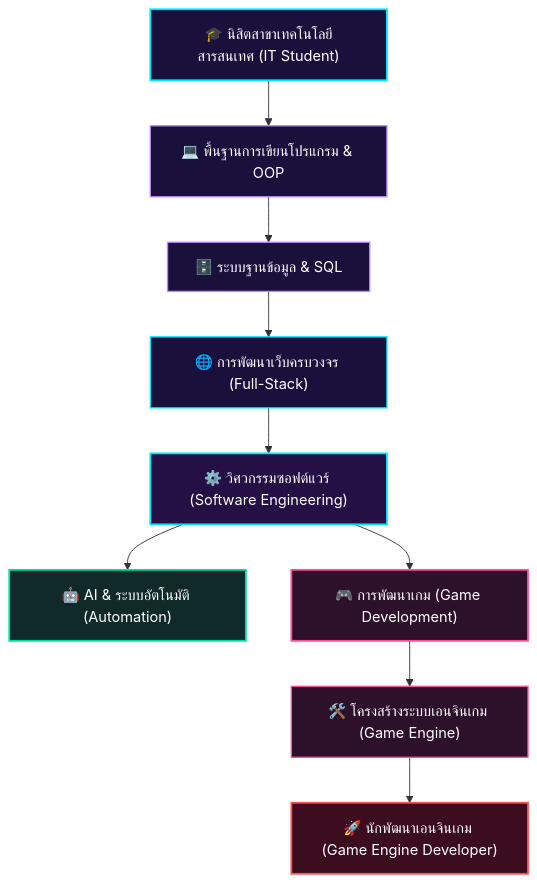
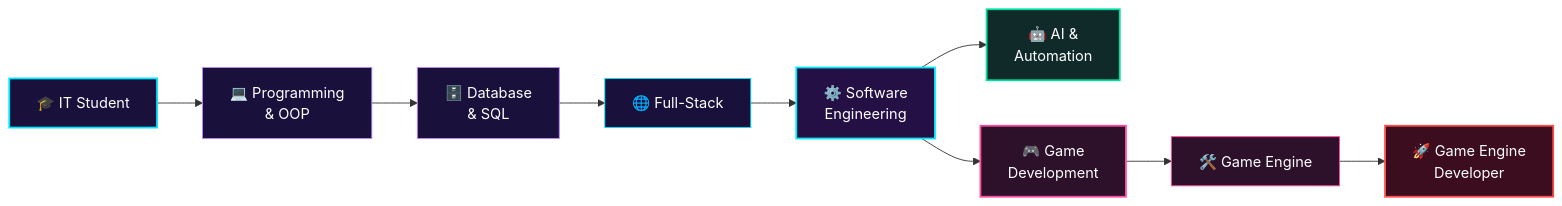
The diagram in README.md (Nanthawat83/Nanthawat83), drawn with Mermaid before and after one commit. The commit also changed other lines of this file, not shown here.

````diff
--- a/README.md
+++ b/README.md
@@ -229,23 +144,21 @@
 ```mermaid
-flowchart TD
-    A["🎓 นิสิตสาขาเทคโนโลยีสารสนเทศ (IT Student)"] --> B["💻 พื้นฐานการเขียนโปรแกรม & OOP"]
-    B --> C["🗄️ ระบบฐานข้อมูล & SQL"]
-    C --> D["🌐 การพัฒนาเว็บครบวงจร (Full-Stack)"]
-    D --> E["⚙️ วิศวกรรมซอฟต์แวร์ (Software Engineering)"]
-    
-    E --> F["🤖 AI & ระบบอัตโนมัติ (Automation)"]
-    E --> G["🎮 การพัฒนาเกม (Game Development)"]
-    
-    G --> H["🛠️ โครงสร้างระบบเอนจินเกม (Game Engine)"]
-    H --> I["🚀 นักพัฒนาเอนจินเกม (Game Engine Developer)"]
+flowchart LR
+    A["🎓 IT Student"] --> B["💻 Programming<br/>& OOP"]
+    B --> C["🗄️ Database<br/>& SQL"]
+    C --> D["🌐 Full-Stack"]
+    D --> E["⚙️ Software<br/>Engineering"]
+    E --> F["🤖 AI &<br/>Automation"]
+    E --> G["🎮 Game<br/>Development"]
+    G --> H["🛠️ Game Engine"]
+    H --> I["🚀 Game Engine<br/>Developer"]
 
     style A fill:#1a103c,stroke:#00E5FF,stroke-width:2px,color:#fff
-    style B fill:#1a103c,stroke:#BB86FC,stroke-width:1.5px,color:#fff
-    style C fill:#1a103c,stroke:#BB86FC,stroke-width:1.5px,color:#fff
-    style D fill:#1a103c,stroke:#00E5FF,stroke-width:1.5px,color:#fff
+    style B fill:#1a103c,stroke:#BB86FC,color:#fff
+    style C fill:#1a103c,stroke:#BB86FC,color:#fff
+    style D fill:#1a103c,stroke:#00E5FF,color:#fff
     style E fill:#241044,stroke:#00E5FF,stroke-width:2px,color:#fff
     style F fill:#102a2a,stroke:#00DFA2,stroke-width:2px,color:#fff
     style G fill:#2d102a,stroke:#FF4D9D,stroke-width:2px,color:#fff
-    style H fill:#2d102a,stroke:#FF4D9D,stroke-width:1.5px,color:#fff
+    style H fill:#2d102a,stroke:#FF4D9D,color:#fff
     style I fill:#3b0d1e,stroke:#FF4D4D,stroke-width:2px,color:#fff
 ```
````
